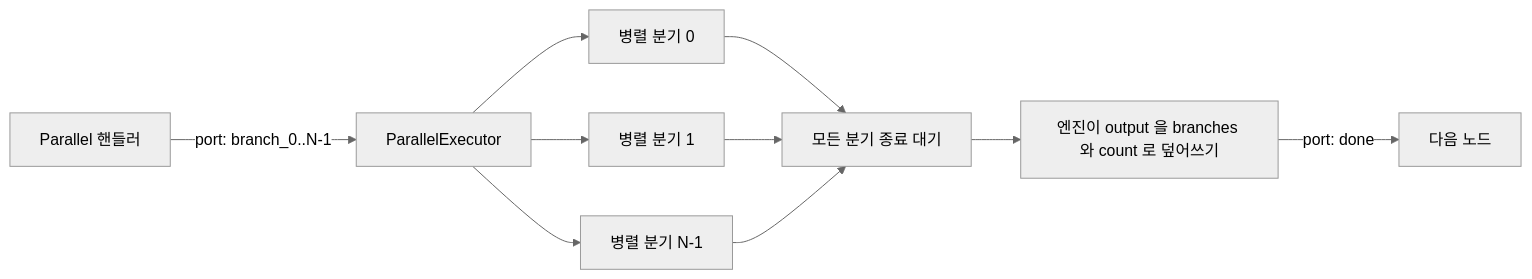
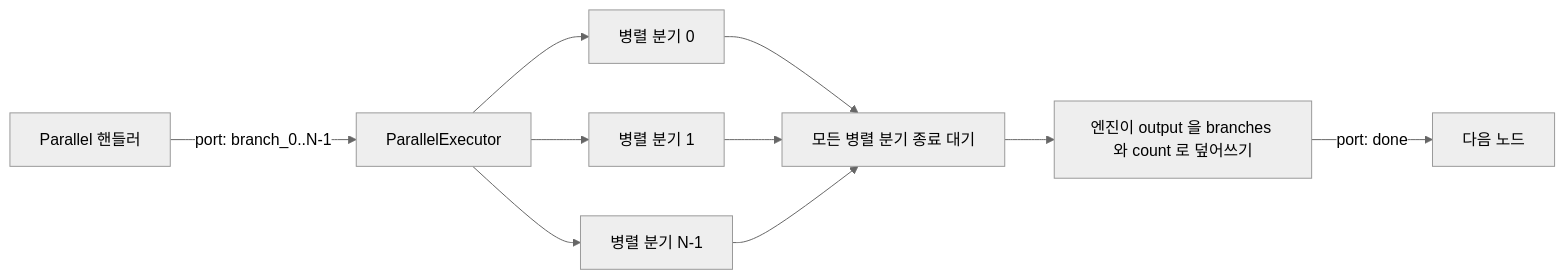
Before and after one commit to worker-ants/clemvion: the diagram in spec/CLE-NODE-LOGIC/CLE-NODE-PARALLEL.md, drawn with Mermaid (neutral theme). The commit also changed other lines of this file and 2 other files, not shown here.

````diff
--- a/spec/CLE-NODE-LOGIC/CLE-NODE-PARALLEL.md
+++ b/spec/CLE-NODE-LOGIC/CLE-NODE-PARALLEL.md
@@ -104,12 +106,12 @@
 ```mermaid
 flowchart LR
   A[Parallel 핸들러] -->|"port: branch_0..N-1"| B[ParallelExecutor]
   B --> C1[병렬 분기 0]
   B --> C2[병렬 분기 1]
   B --> C3[병렬 분기 N-1]
-  C1 --> D[모든 분기 종료 대기]
+  C1 --> D[모든 병렬 분기 종료 대기]
   C2 --> D
   C3 --> D
   D --> E[엔진이 output 을 branches 와 count 로 덮어쓰기]
   E -->|"port: done"| F[다음 노드]
 ```
````
